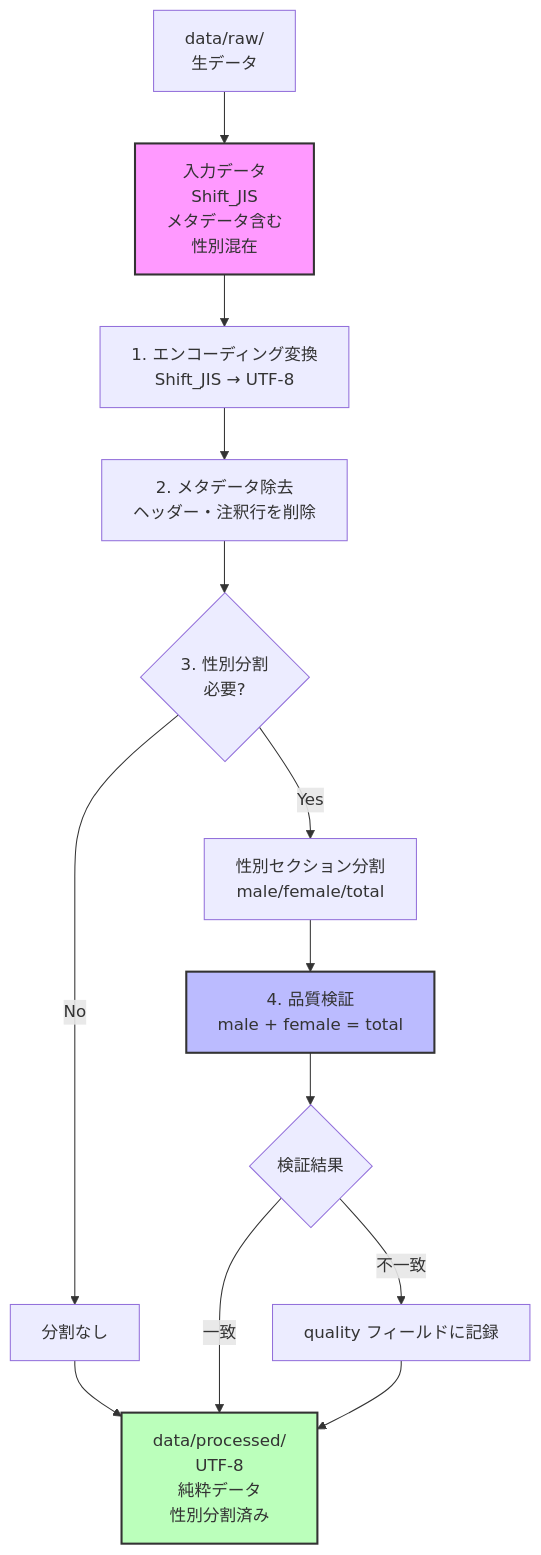
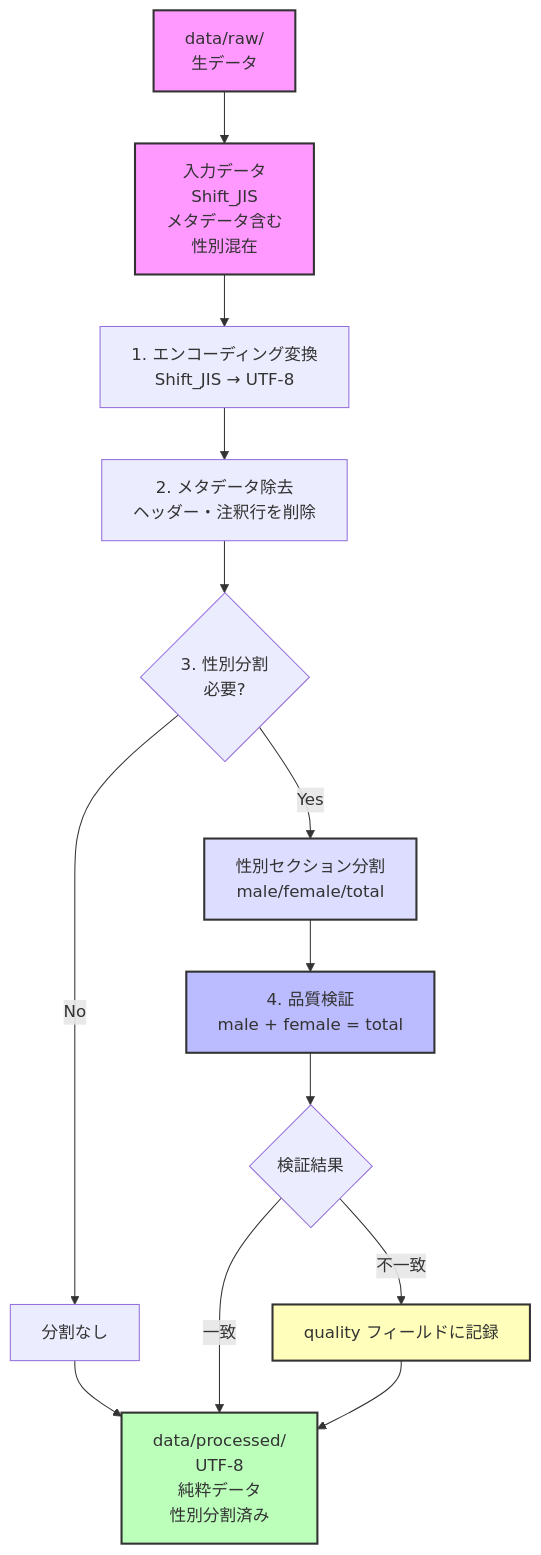
Before and after one commit to kambarakun/fetch-tokyo-idsc-github-actions: the diagram in README.md, drawn with Mermaid. The commit also changed other lines of this file, not shown here.

Commit message:
feat: Enhance documentation with migration note and improved diagram styling
Claude Code Review対応 (オプショナル改善を実装):

1. Mermaid図のスタイル強化
   - RecordIssueノードを黄色で強調 (警告/問題記録を視覚化)
   - Startノードをピンクで統一 (入力開始を明確化)
   - Splitノードをライトブルーで追加 (処理段階を区別)
   - 色の意味: Pink=入力, Green=出力, Blue=検証, Yellow=警告, Light Blue=処理

2. バージョンマイグレーション注記を追加
   - 既存ユーザー向けの親切な案内
   - scripts/migrate_metadata.py への明示的な参照
   - CLAUDE.md へのリンク提供
   - v1.2.0以前からのマイグレーション手順を明確化

ユーザー価値:
- 視覚的な理解の向上 (処理フロー図の可読性向上)
- 既存ユーザーの移行支援 (マイグレーションツールの発見性向上)
- ドキュメントの完成度向上

🤖 Generated with Claude Code (https://claude.com/claude-code)

````diff
--- a/README.md
+++ b/README.md
@@ -400,22 +402,25 @@
 ```mermaid
 flowchart TD
     Start[data/raw/<br/>生データ] --> Input[入力データ<br/>Shift_JIS<br/>メタデータ含む<br/>性別混在]
     Input --> Step1[1. エンコーディング変換<br/>Shift_JIS → UTF-8]
     Step1 --> Step2[2. メタデータ除去<br/>ヘッダー・注釈行を削除]
     Step2 --> Step3{3. 性別分割<br/>必要?}
 
     Step3 -->|Yes| Split[性別セクション分割<br/>male/female/total]
     Step3 -->|No| NoSplit[分割なし]
 
     Split --> Validate[4. 品質検証<br/>male + female = total]
     NoSplit --> Output
 
     Validate --> CheckResult{検証結果}
     CheckResult -->|一致| Output[data/processed/<br/>UTF-8<br/>純粋データ<br/>性別分割済み]
     CheckResult -->|不一致| RecordIssue[quality フィールドに記録]
     RecordIssue --> Output
 
+    style Start fill:#f9f,stroke:#333,stroke-width:2px
     style Input fill:#f9f,stroke:#333,stroke-width:2px
     style Output fill:#bfb,stroke:#333,stroke-width:2px
     style Validate fill:#bbf,stroke:#333,stroke-width:2px
+    style RecordIssue fill:#ffb,stroke:#333,stroke-width:2px
+    style Split fill:#ddf,stroke:#333,stroke-width:2px
 ```
````
